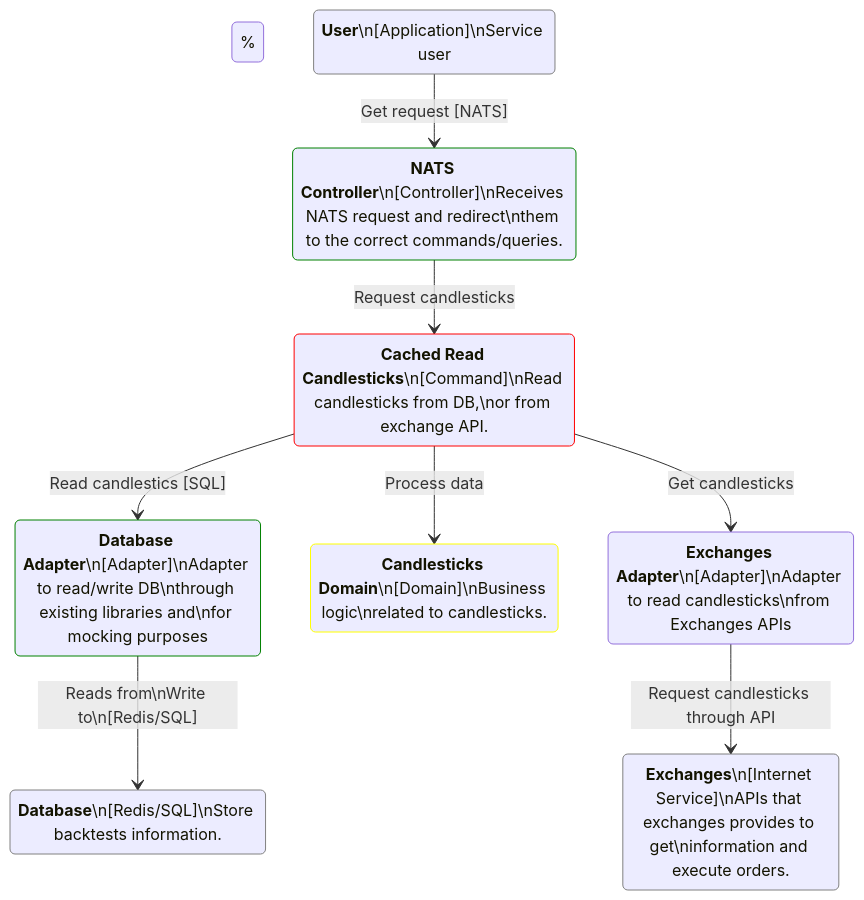
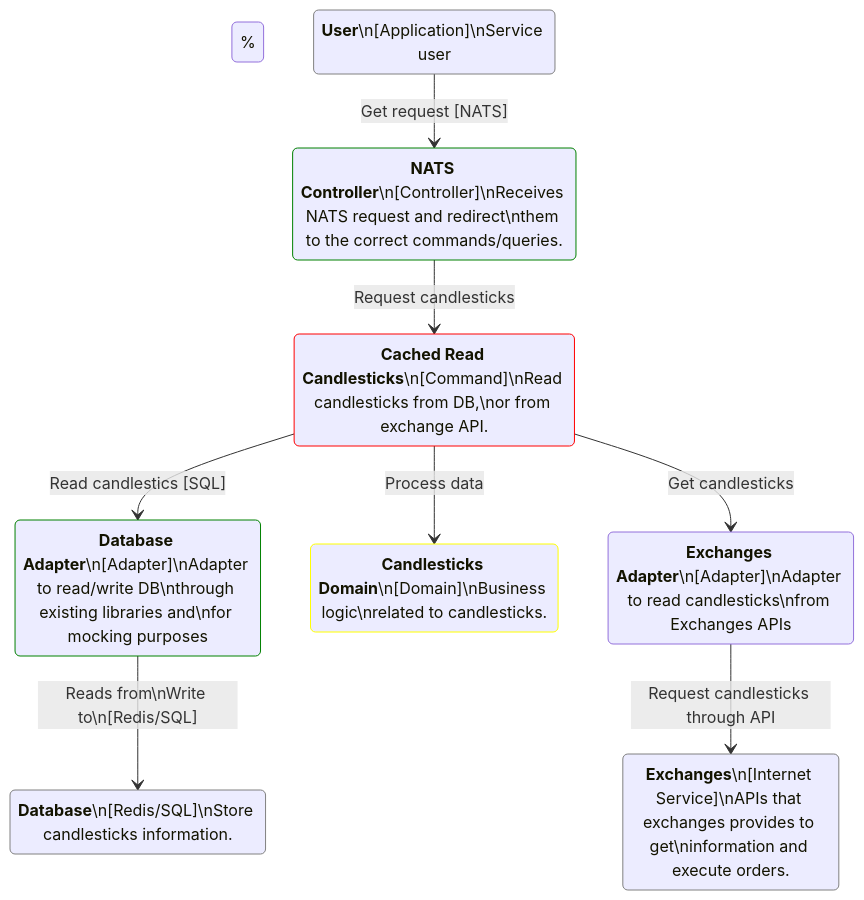
Before and after one commit to alenjohn05/cryptellation: the second of 2 diagrams in website/content/services/candlesticks/architecture.md, drawn with Mermaid. The commit also changed other lines of this file and 103 other files, not shown here.

````diff
--- a/website/content/services/candlesticks/architecture.md
+++ b/website/content/services/candlesticks/architecture.md
@@ -37,40 +37,40 @@
 ```mermaid
 stateDiagram-v2
     % Class definition
     classDef outside stroke:grey
     classDef adapter stroke:green
     classDef queryCommand stroke:red
     classDef domain stroke:yellow
 
     User: <center><b>User</b>\n[Application]\nService user</center>
     User --> NATSController: Get request [NATS]
 
-    Database: <center><b>Database</b>\n[Redis/SQL]\nStore backtests information.</center>
+    Database: <center><b>Database</b>\n[Redis/SQL]\nStore candlesticks information.</center>
 
     NATSController: <center><b>NATS Controller</b>\n[Controller]\nReceives NATS request and redirect\nthem to the correct commands/queries.</center>
     NATSController --> CachedReadCandlesticks: Request candlesticks
 
     CachedReadCandlesticks: <center><b>Cached Read Candlesticks</b>\n[Command]\nRead candlesticks from DB,\nor from exchange API.</center>
     CachedReadCandlesticks --> DatabaseAdapter: Read candlestics [SQL]
     CachedReadCandlesticks --> CandlesticksDomain: Process data
     CachedReadCandlesticks --> ExchangesAdapter: Get candlesticks
 
     CandlesticksDomain: <center><b>Candlesticks Domain</b>\n[Domain]\nBusiness logic\nrelated to candlesticks.</center>
 
     DatabaseAdapter: <center><b>Database Adapter</b>\n[Adapter]\nAdapter to read/write DB\nthrough existing libraries and\nfor mocking purposes</center>
     DatabaseAdapter --> Database: Reads from\nWrite to\n[Redis/SQL]
 
     ExchangesAdapter: <center><b>Exchanges Adapter</b>\n[Adapter]\nAdapter to read candlesticks\nfrom Exchanges APIs</center>
     ExchangesAdapter --> Exchanges: Request candlesticks through API
 
     Exchanges: <center><b>Exchanges</b>\n[Internet Service]\nAPIs that exchanges provides to get\ninformation and execute orders.</center>
 
     % Class application
     class Database outside
     class User outside
     class Exchanges outside
     class NATSController adapter
     class DatabaseAdapter adapter
     class CachedReadCandlesticks queryCommand
     class CandlesticksDomain domain
 ```
````
